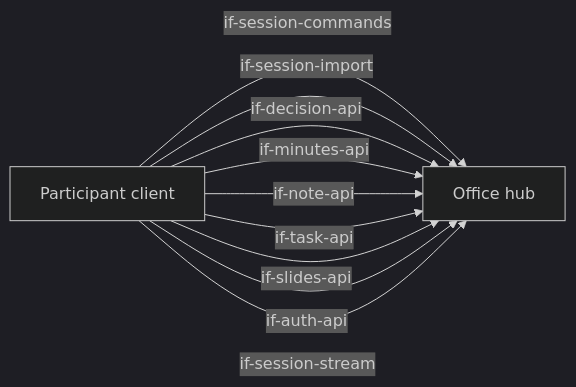
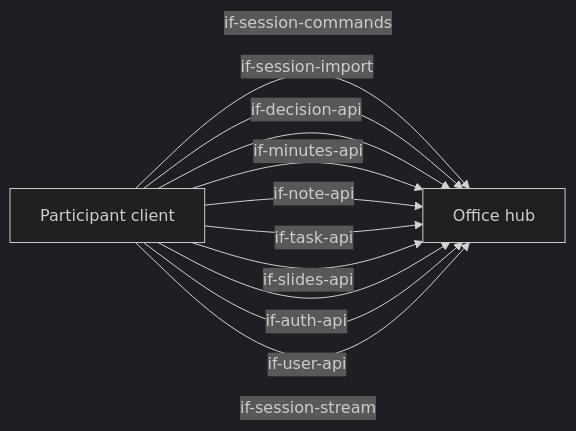
The first of 3 diagrams in docs/architecture/05-building-blocks.arc42.md (mrsimpson/agentic-office), drawn with Mermaid (dark theme) before and after one commit. The commit also changed other lines of this file and 36 other files, not shown here.

````diff
--- a/docs/architecture/05-building-blocks.arc42.md
+++ b/docs/architecture/05-building-blocks.arc42.md
@@ -25,14 +25,15 @@
 ```mermaid
 flowchart LR
     bb_office_hub[Office hub]
     bb_participant_client[Participant client]
     bb_participant_client -->|if-session-commands| bb_office_hub
     bb_participant_client -->|if-session-import| bb_office_hub
     bb_participant_client -->|if-decision-api| bb_office_hub
     bb_participant_client -->|if-minutes-api| bb_office_hub
     bb_participant_client -->|if-note-api| bb_office_hub
     bb_participant_client -->|if-task-api| bb_office_hub
     bb_participant_client -->|if-slides-api| bb_office_hub
     bb_participant_client -->|if-auth-api| bb_office_hub
+    bb_participant_client -->|if-user-api| bb_office_hub
     bb_participant_client -->|if-session-stream| bb_office_hub
 ```
````
